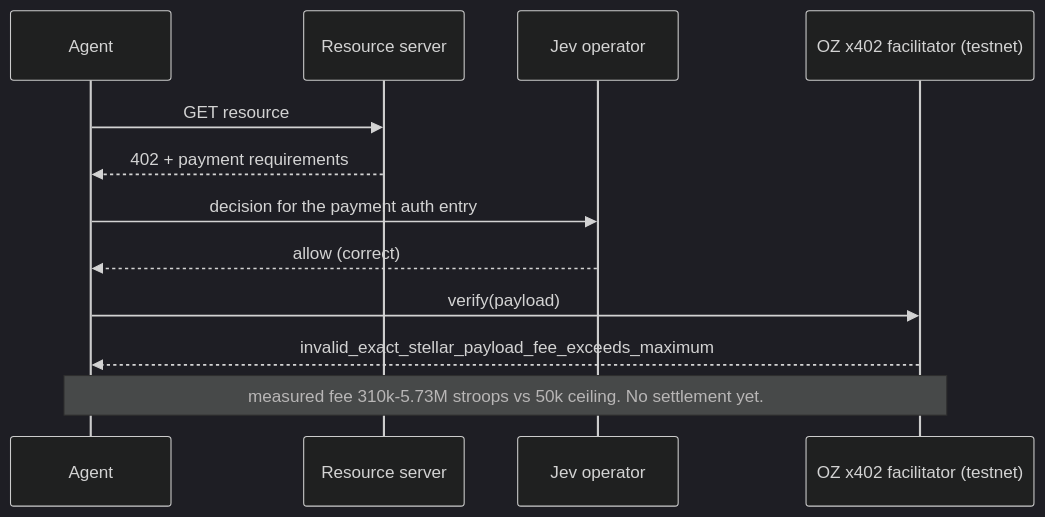
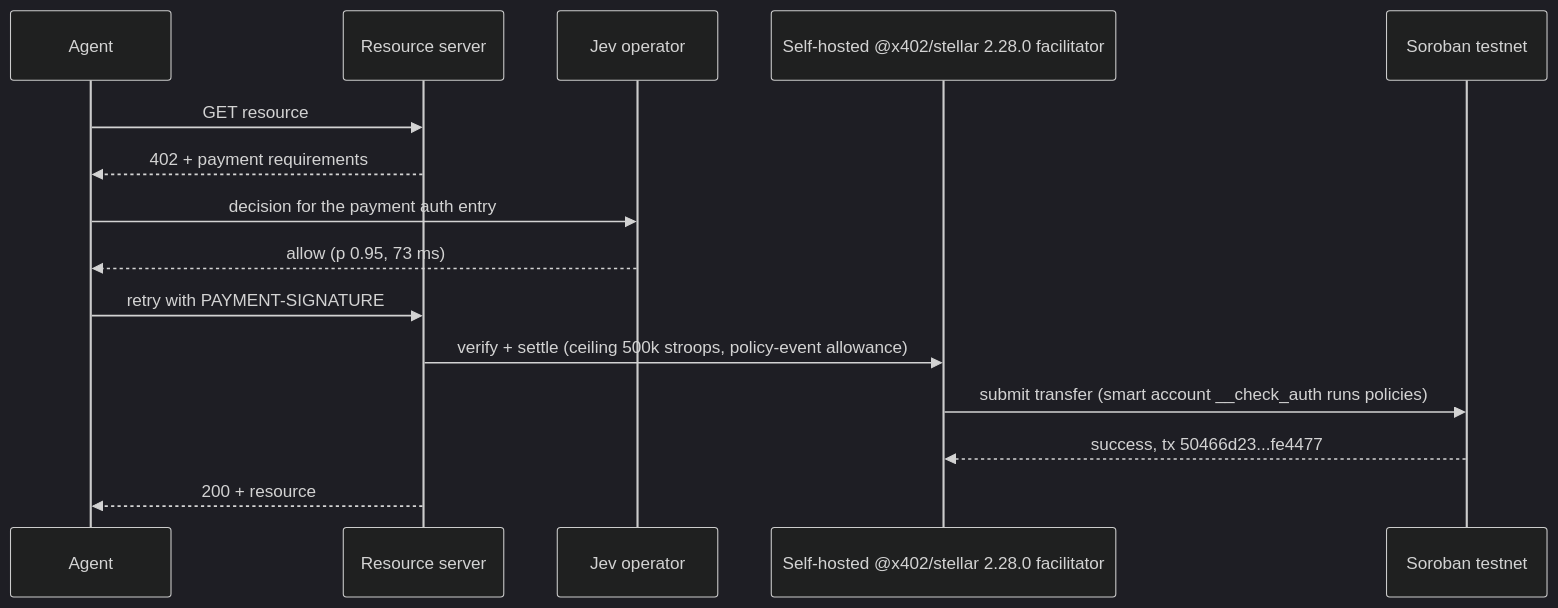
Before and after one commit to Stratocaster-Ventures/stellar-jev-policies: the fifth of 6 diagrams in docs/architecture/flows.md, drawn with Mermaid (dark theme). The commit also changed other lines of this file and 5 other files, not shown here.

Commit message:
docs: x402 settles on testnet via self-hosted facilitator; hosted OZ path as upstream grant deliverable

````diff
--- a/docs/architecture/flows.md
+++ b/docs/architecture/flows.md
@@ -88,14 +90,17 @@
 ```mermaid
 sequenceDiagram
   participant A as Agent
   participant R as Resource server
   participant OP as Jev operator
-  participant F as OZ x402 facilitator (testnet)
+  participant F as Self-hosted @x402/stellar 2.28.0 facilitator
+  participant S as Soroban testnet
   A->>R: GET resource
   R-->>A: 402 + payment requirements
   A->>OP: decision for the payment auth entry
-  OP-->>A: allow (correct)
-  A->>F: verify(payload)
-  F-->>A: invalid_exact_stellar_payload_fee_exceeds_maximum
-  Note over A,F: measured fee 310k-5.73M stroops vs 50k ceiling. No settlement yet.
+  OP-->>A: allow (p 0.95, 73 ms)
+  A->>R: retry with PAYMENT-SIGNATURE
+  R->>F: verify + settle (ceiling 500k stroops, policy-event allowance)
+  F->>S: submit transfer (smart account __check_auth runs policies)
+  S-->>F: success, tx 50466d23...fe4477
+  R-->>A: 200 + resource
 ```
````
